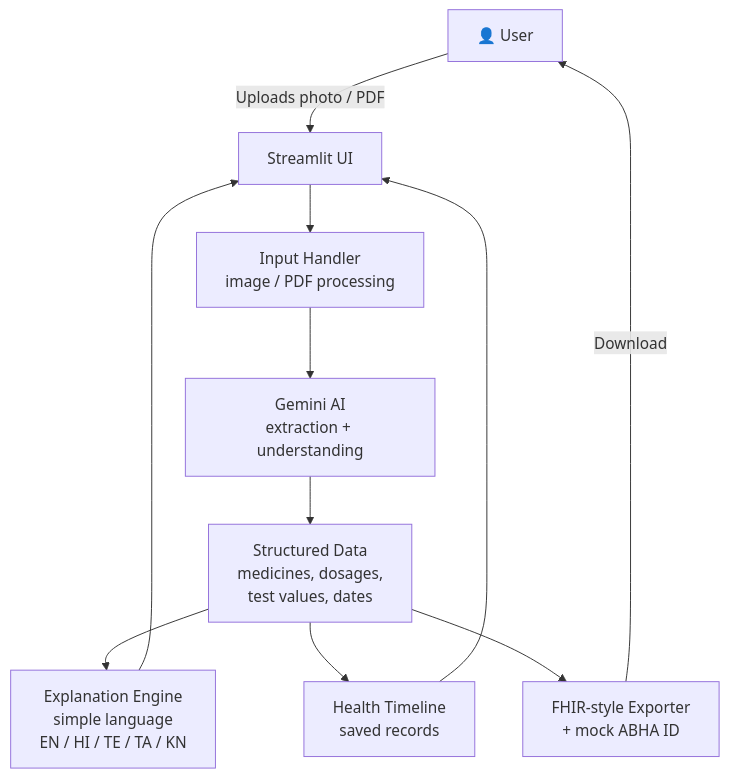
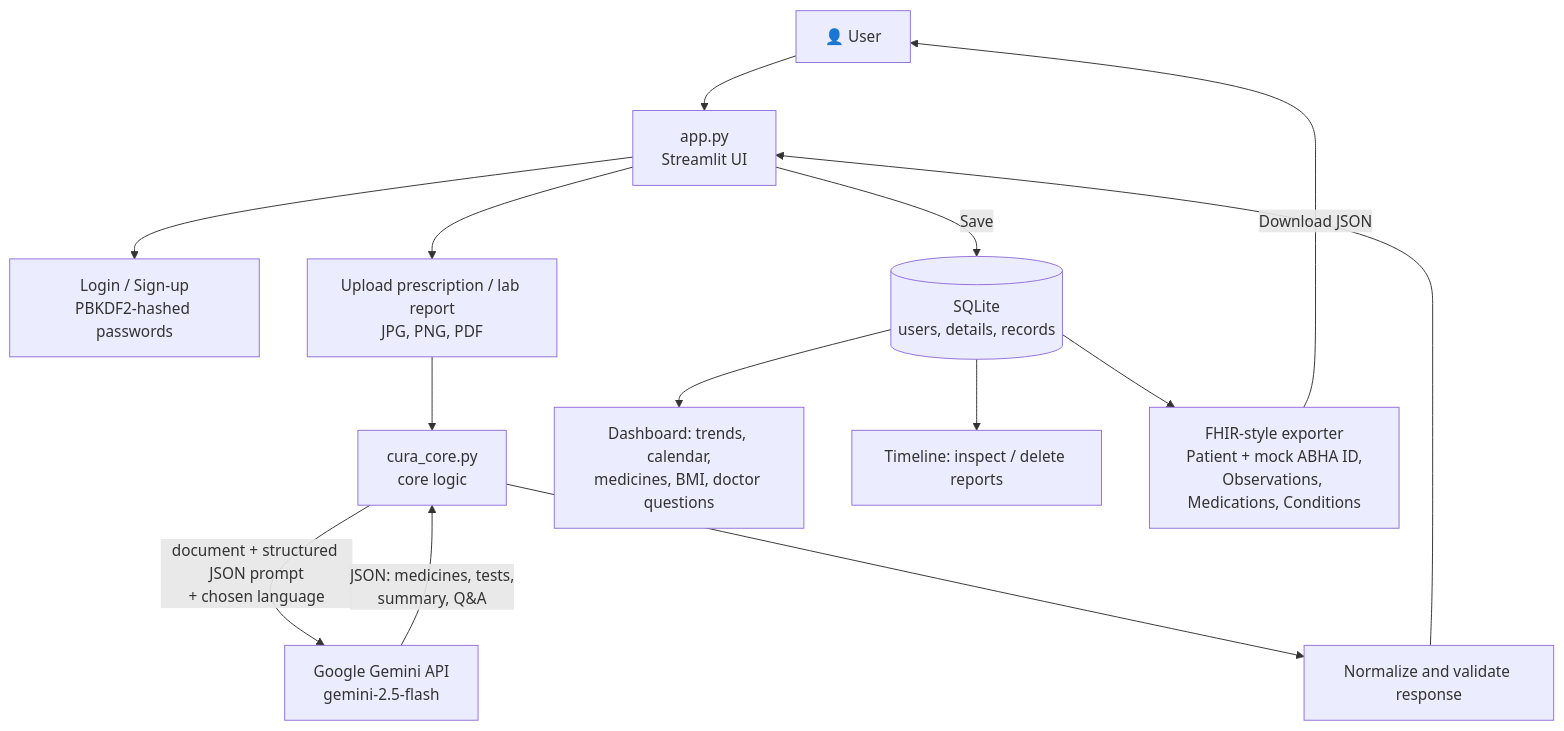
The diagram in README.md (shriraksha-deshp/Cura-AI), drawn with Mermaid before and after one commit. The commit also changed other lines of this file and 3 other files, not shown here.

````diff
--- a/README.md
+++ b/README.md
@@ -43,13 +53,16 @@
 ```mermaid
 flowchart TD
-    A[👤 User] -->|Uploads photo / PDF| B[Streamlit UI]
-    B --> C[Input Handler<br/>image / PDF processing]
-    C --> D[Gemini AI<br/>extraction + understanding]
-    D --> E[Structured Data<br/>medicines, dosages,<br/>test values, dates]
-    E --> F[Explanation Engine<br/>simple language<br/>EN / HI / TE / TA / KN]
-    E --> G[Health Timeline<br/>saved records]
-    E --> H[FHIR-style Exporter<br/>+ mock ABHA ID]
-    F --> B
-    G --> B
-    H -->|Download| A
+    U[👤 User] --> UI[app.py<br/>Streamlit UI]
+    UI --> AUTH[Login / Sign-up<br/>PBKDF2-hashed passwords]
+    UI --> UP[Upload prescription / lab report<br/>JPG, PNG, PDF]
+    UP --> CORE[cura_core.py<br/>core logic]
+    CORE -->|document + structured JSON prompt<br/>+ chosen language| GEM[Google Gemini API<br/>gemini-2.5-flash]
+    GEM -->|JSON: medicines, tests,<br/>summary, Q&A| CORE
+    CORE --> NORM[Normalize and validate response]
+    NORM --> UI
+    UI -->|Save| DB[(SQLite<br/>users, details, records)]
+    DB --> DASH[Dashboard: trends, calendar,<br/>medicines, BMI, doctor questions]
+    DB --> TL[Timeline: inspect / delete reports]
+    DB --> FHIR[FHIR-style exporter<br/>Patient + mock ABHA ID,<br/>Observations, Medications, Conditions]
+    FHIR -->|Download JSON| U
 ```
````
